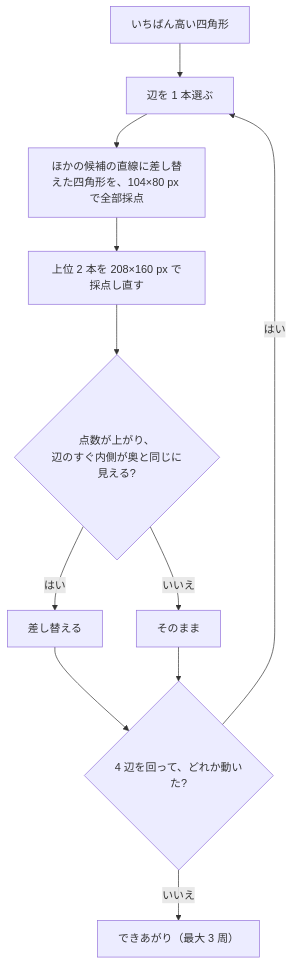
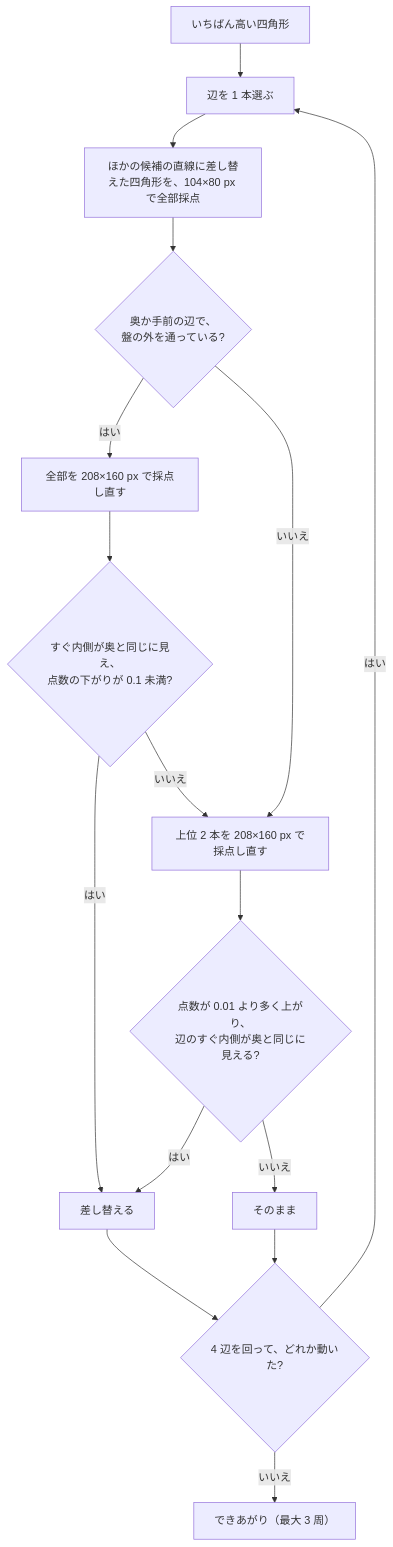
Before and after one commit to ytani01/bganalyzer: the sixth of 6 diagrams in docs/corners.md, drawn with Mermaid. The commit also changed other lines of this file and 3 other files, not shown here.

````diff
--- a/docs/corners.md
+++ b/docs/corners.md
@@ -138,13 +138,18 @@
 ```mermaid
 flowchart TD
   A[いちばん高い四角形] --> B[辺を 1 本選ぶ]
   B --> C[ほかの候補の直線に差し替えた四角形を、104×80 px で全部採点]
-  C --> D[上位 2 本を 208×160 px で採点し直す]
-  D --> E{点数が上がり、<br/>辺のすぐ内側が奥と同じに見える?}
+  C --> O{奥か手前の辺で、<br/>盤の外を通っている?}
+  O -- はい --> P[全部を 208×160 px で採点し直す]
+  P --> Q{すぐ内側が奥と同じに見え、<br/>点数の下がりが 0.1 未満?}
+  Q -- はい --> F
+  Q -- いいえ --> D
+  O -- いいえ --> D[上位 2 本を 208×160 px で採点し直す]
+  D --> E{点数が 0.01 より多く上がり、<br/>辺のすぐ内側が奥と同じに見える?}
   E -- はい --> F[差し替える]
   E -- いいえ --> G[そのまま]
   F --> H{4 辺を回って、どれか動いた?}
   G --> H
   H -- はい --> B
   H -- いいえ --> I[できあがり（最大 3 周）]
 ```
````
